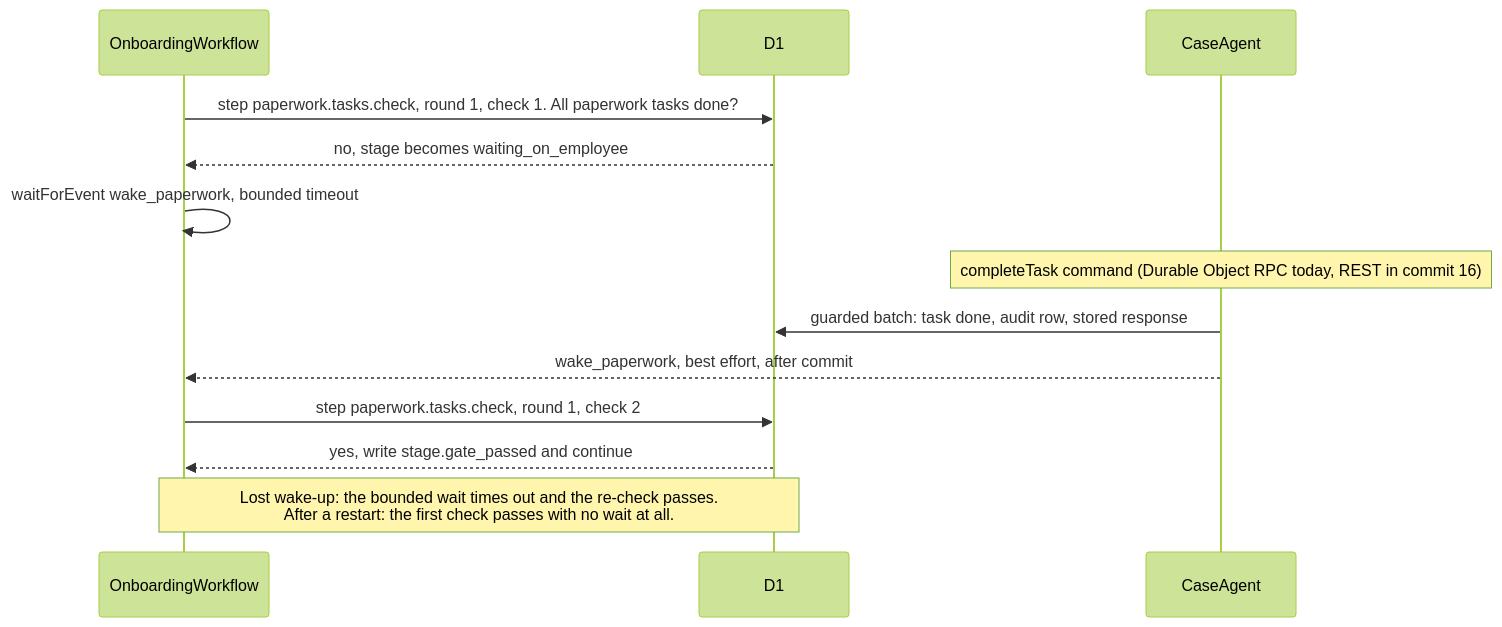
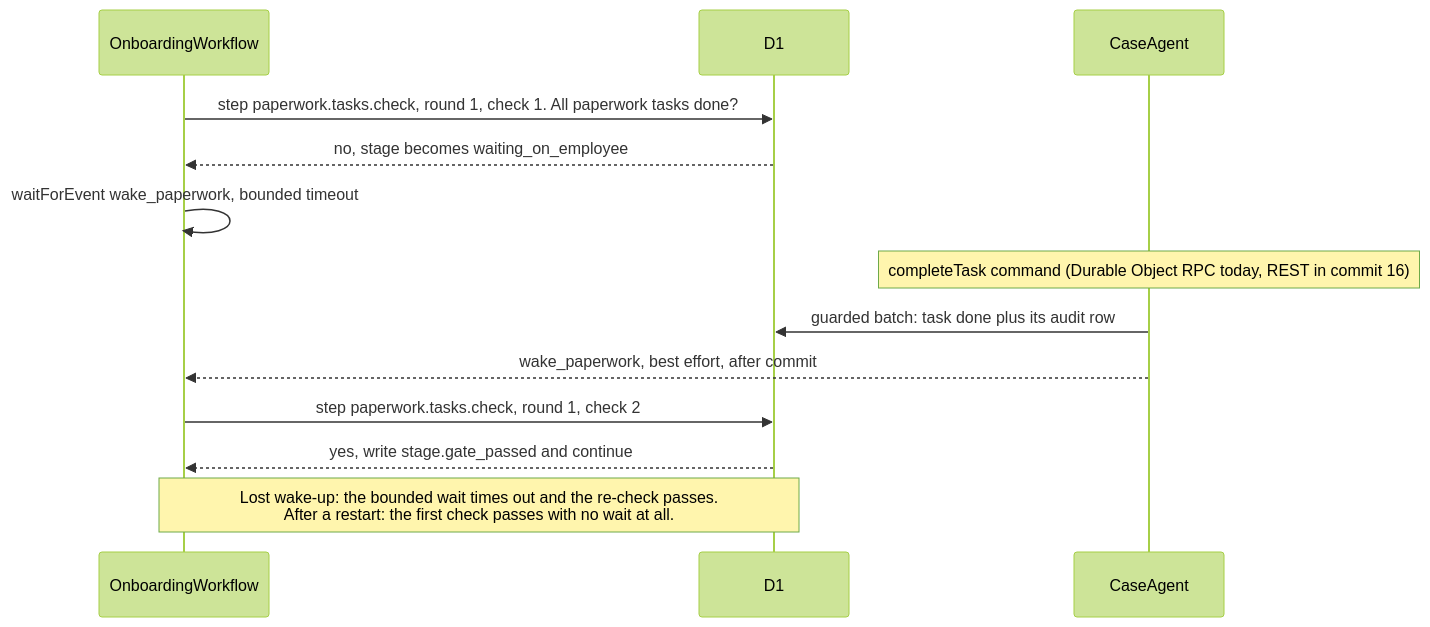
Before and after one commit to nitishsjsucs/onboardflow: the second of 2 diagrams in README.md, drawn with Mermaid (forest theme). The commit also changed other lines of this file, not shown here.

Commit message:
docs: README with status, architecture, design decisions, local setup and roadmap

````diff
--- a/README.md
+++ b/README.md
@@ -126,15 +135,15 @@
 ```mermaid
 sequenceDiagram
   participant WF as OnboardingWorkflow
   participant D1
   participant CA as CaseAgent
   WF->>D1: step paperwork.tasks.check, round 1, check 1. All paperwork tasks done?
   D1-->>WF: no, stage becomes waiting_on_employee
   WF->>WF: waitForEvent wake_paperwork, bounded timeout
   Note over CA: completeTask command (Durable Object RPC today, REST in commit 16)
-  CA->>D1: guarded batch: task done, audit row, stored response
+  CA->>D1: guarded batch: task done plus its audit row
   CA-->>WF: wake_paperwork, best effort, after commit
   WF->>D1: step paperwork.tasks.check, round 1, check 2
   D1-->>WF: yes, write stage.gate_passed and continue
   Note over WF,D1: Lost wake-up: the bounded wait times out and the re-check passes.<br/>After a restart: the first check passes with no wait at all.
 ```
````
